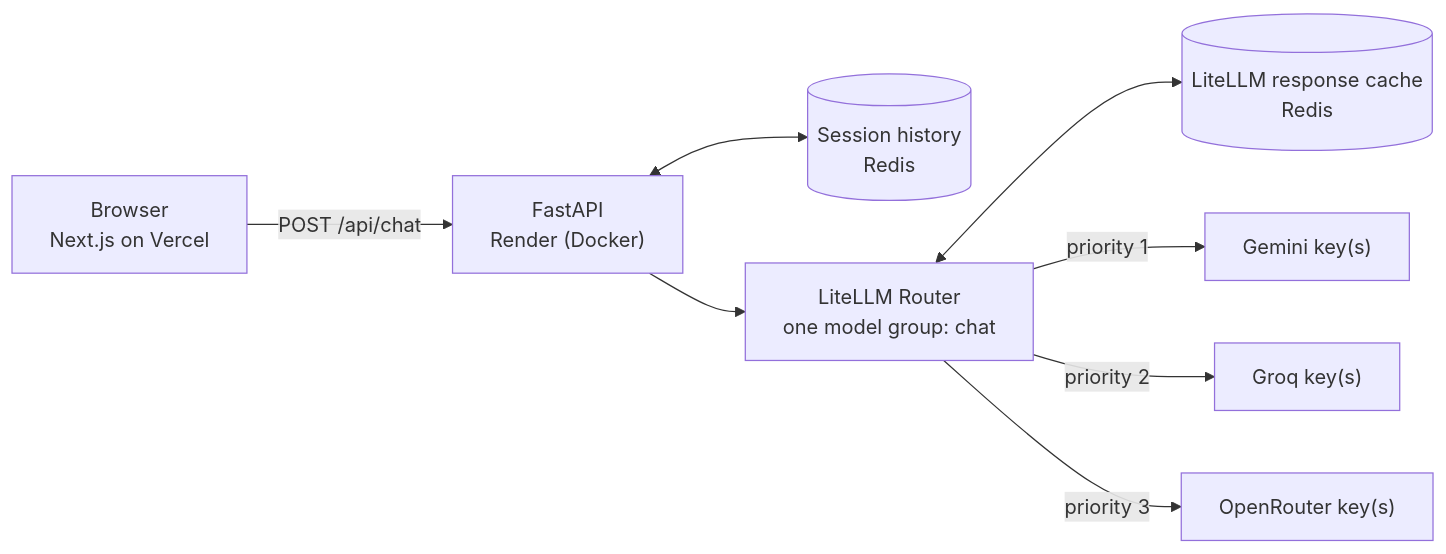
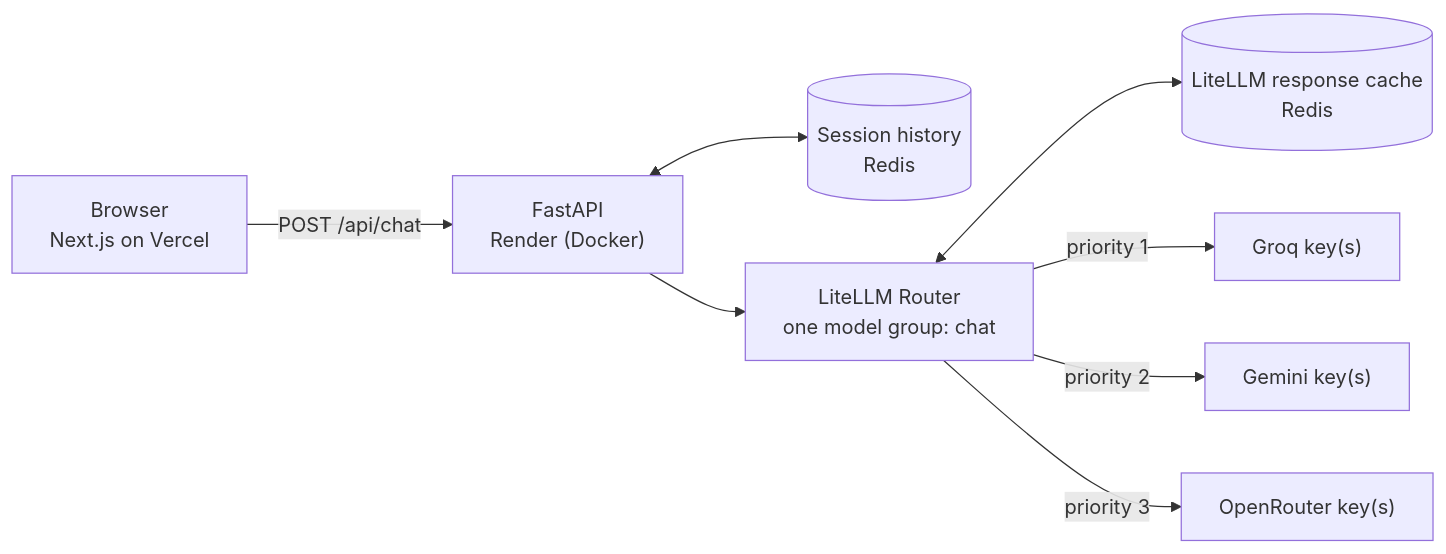
One commit to SambhavSharma7781/resilient-ai-chatbot changed the diagram in README.md. Above: the diagram before and after it, drawn with Mermaid. The commit also changed other lines of this file and 3 other files, not shown here.

Commit message:
Prefer Groq as primary, update Gemini model, align render.yaml

````diff
--- a/README.md
+++ b/README.md
@@ -37,10 +37,10 @@
 ```mermaid
 flowchart LR
   U["Browser<br/>Next.js on Vercel"] -- "POST /api/chat" --> API["FastAPI<br/>Render (Docker)"]
   API <--> S[("Session history<br/>Redis")]
   API --> R["LiteLLM Router<br/>one model group: chat"]
   R <--> C[("LiteLLM response cache<br/>Redis")]
-  R -- "priority 1" --> G["Gemini key(s)"]
-  R -- "priority 2" --> Q["Groq key(s)"]
+  R -- "priority 1" --> Q["Groq key(s)"]
+  R -- "priority 2" --> G["Gemini key(s)"]
   R -- "priority 3" --> O["OpenRouter key(s)"]
 ```
````
